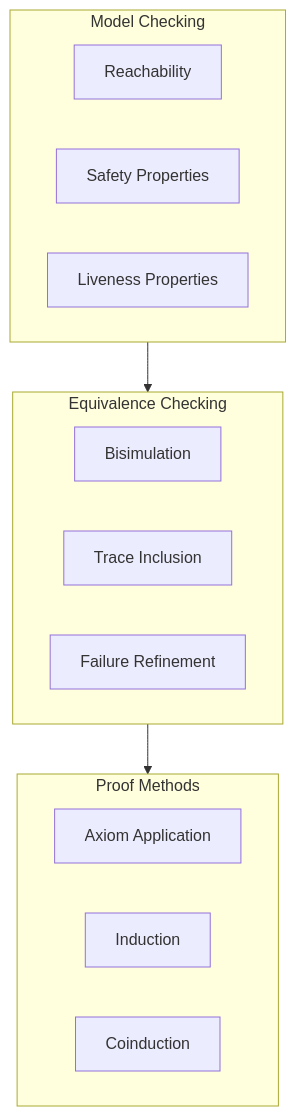
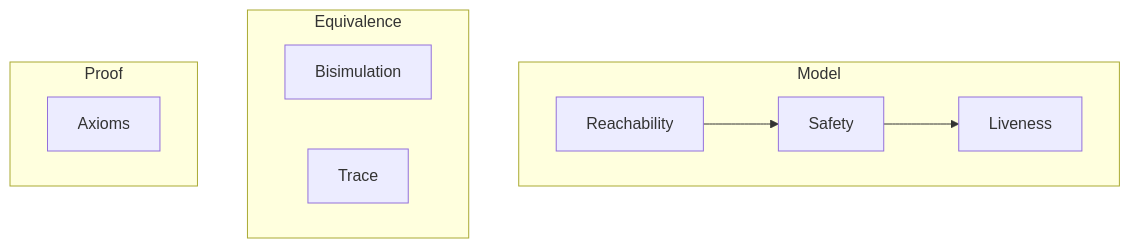
One commit to yshaaban/pa changed the sixth of 9 diagrams in process-algebra-verifier/docs/theory.md. Above: the diagram before and after it, drawn with Mermaid. The commit also changed other lines of this file, not shown here.

First line of the commit message:
fix: improve theory.md mermaid diagrams rendering

````diff
--- a/process-algebra-verifier/docs/theory.md
+++ b/process-algebra-verifier/docs/theory.md
@@ -143,23 +138,23 @@
 ```mermaid
 graph TB
-    subgraph Model[Model Checking]
-        Reach[Reachability]
-        Safety[Safety Properties]
-        Live[Liveness Properties]
+    Reach[Reachability]
+    Safety[Safety]
+    Live[Liveness]
+    Bisim[Bisimulation]
+    Trace[Trace]
+    Axiom[Axioms]
+
+    subgraph Model
+        Reach --> Safety
+        Safety --> Live
     end
 
-    subgraph Equiv[Equivalence Checking]
-        Bisim[Bisimulation]
-        Trace[Trace Inclusion]
-        Fail[Failure Refinement]
+    subgraph Equivalence
+        Bisim
+        Trace
     end
 
-    subgraph Proof[Proof Methods]
-        Axiom[Axiom Application]
-        Ind[Induction]
-        Coind[Coinduction]
+    subgraph Proof
+        Axiom
     end
-
-    Model --> Equiv
-    Equiv --> Proof
 ```
````
